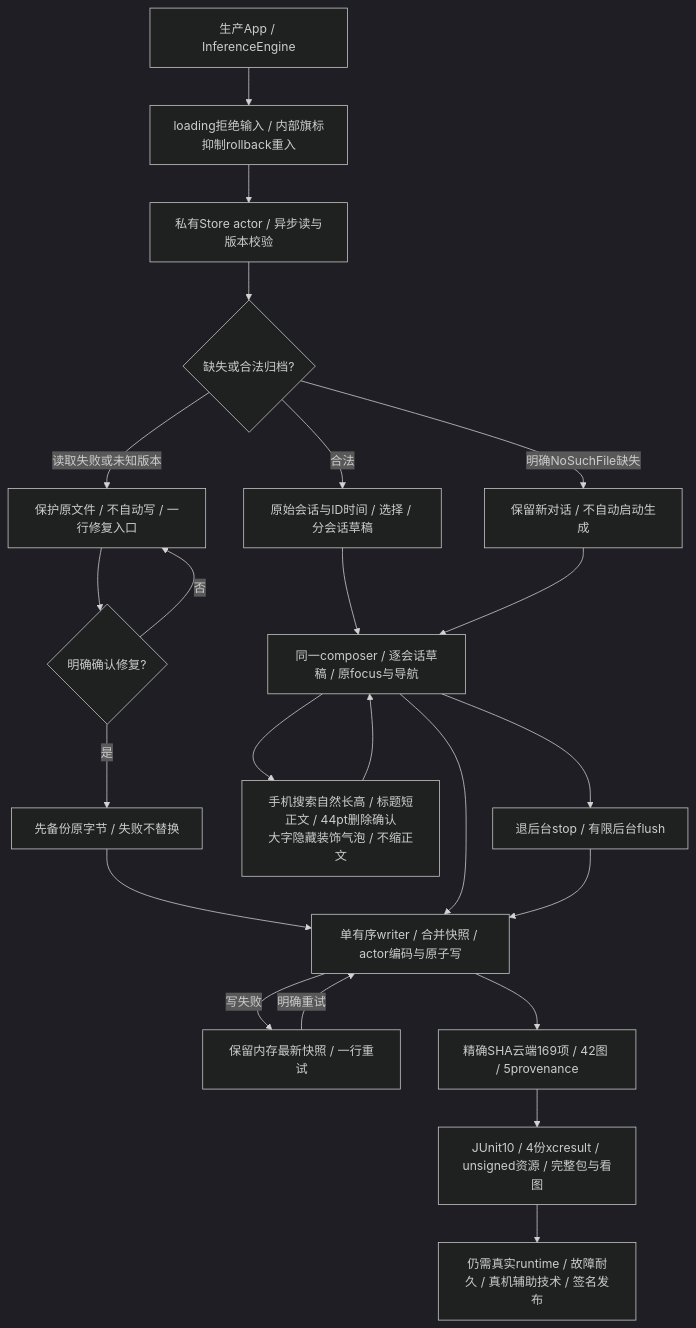
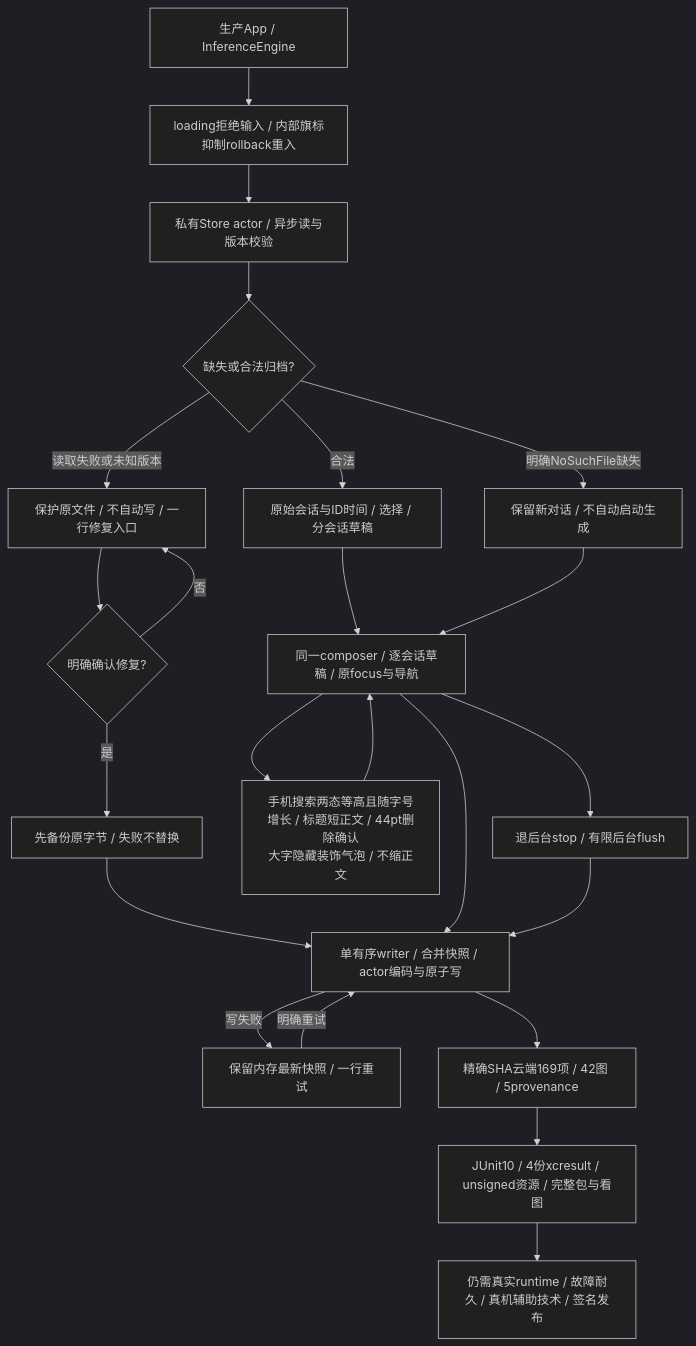
The first of 30 diagrams in md/flow/flowchart.md (Altman-sam114/113), drawn with Mermaid (dark theme) before and after one commit. The commit also changed other lines of this file and 9 other files, not shown here.

````diff
--- a/md/flow/flowchart.md
+++ b/md/flow/flowchart.md
@@ -7,27 +9,27 @@
 ```mermaid
 flowchart TD
     %% 生产显式注入，测试默认内存隔离
     App[生产App / InferenceEngine] --> Loading[loading拒绝输入 / 内部旗标抑制rollback重入]
     Loading --> Load[私有Store actor / 异步读与版本校验]
     Load --> Valid{缺失或合法归档?}
     Valid -- 合法 --> Restore[原始会话与ID时间 / 选择 / 分会话草稿]
     Valid -- 明确NoSuchFile缺失 --> Seed[保留新对话 / 不自动启动生成]
     Valid -- 读取失败或未知版本 --> Protected[保护原文件 / 不自动写 / 一行修复入口]
     Protected --> Confirm{明确确认修复?}
     Confirm -- 否 --> Protected
     Confirm -- 是 --> Backup[先备份原字节 / 失败不替换]
     Backup --> Writer[单有序writer / 合并快照 / actor编码与原子写]
     Restore --> Edit[同一composer / 逐会话草稿 / 原focus与导航]
     Seed --> Edit
     Edit --> Writer
     Writer -- 写失败 --> Retry[保留内存最新快照 / 一行重试]
     Retry -- 明确重试 --> Writer
-    Edit --> History[手机搜索自然长高 / 标题短正文 / 44pt删除确认<br/>大字隐藏装饰气泡 / 不缩正文]
+    Edit --> History[手机搜索两态等高且随字号增长 / 标题短正文 / 44pt删除确认<br/>大字隐藏装饰气泡 / 不缩正文]
     History --> Edit
     Edit --> Background[退后台stop / 有限后台flush]
     Background --> Writer
     %% 宿主图不是完整模拟器或真机证据
     Writer --> Cloud[精确SHA云端169项 / 42图 / 5provenance]
     Cloud --> Review[JUnit10 / 4份xcresult / unsigned资源 / 完整包与看图]
     Review --> Gates[仍需真实runtime / 故障耐久 / 真机辅助技术 / 签名发布]
 ```
````
